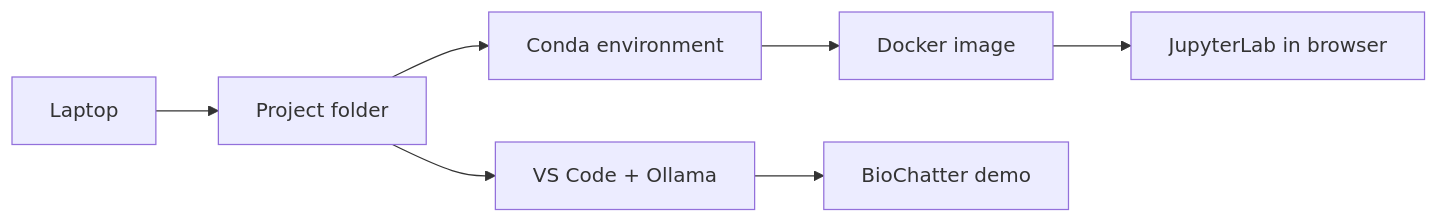
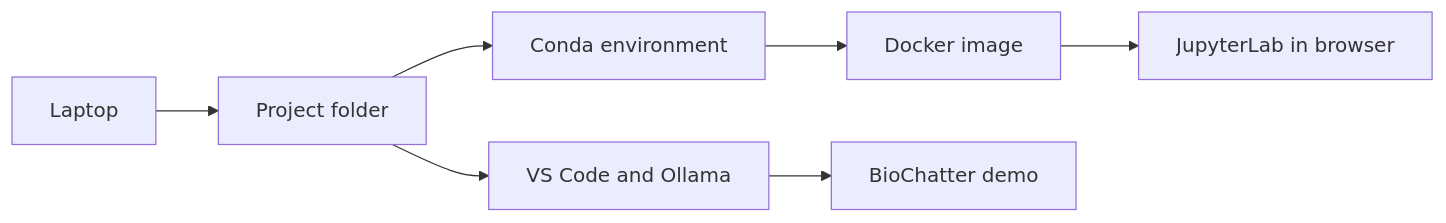
The diagram in content/posts/week-01-laptop-setup-for-bioinformatics.md (Caffeinated-Code/Bioinformatics-Field-Guide), drawn with Mermaid before and after one commit. The commit also changed 20 other files, not shown here.

Commit message:
Fix Mermaid rendering on article pages

````diff
--- a/content/posts/week-01-laptop-setup-for-bioinformatics.md
+++ b/content/posts/week-01-laptop-setup-for-bioinformatics.md
@@ -51,9 +51,9 @@
 ```mermaid
 flowchart LR
-  A["Laptop"] --> B["Project folder"]
-  B --> C["Conda environment"]
-  C --> D["Docker image"]
-  D --> E["JupyterLab in browser"]
-  B --> F["VS Code + Ollama"]
-  F --> G["BioChatter demo"]
+  laptop[Laptop] --> project[Project folder]
+  project --> conda[Conda environment]
+  conda --> docker[Docker image]
+  docker --> jupyter[JupyterLab in browser]
+  project --> vscode[VS Code and Ollama]
+  vscode --> biochatter[BioChatter demo]
 ```
````
